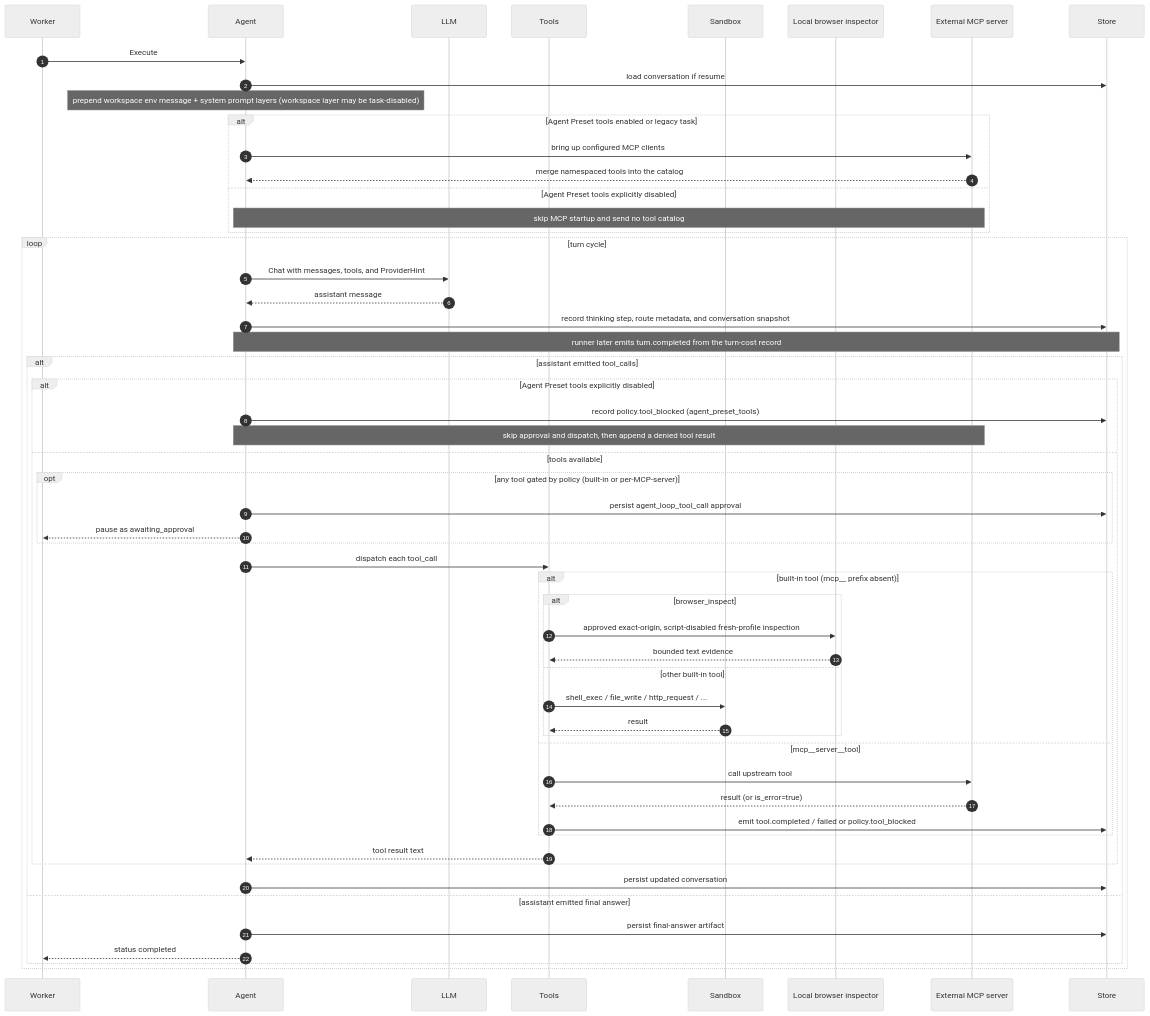
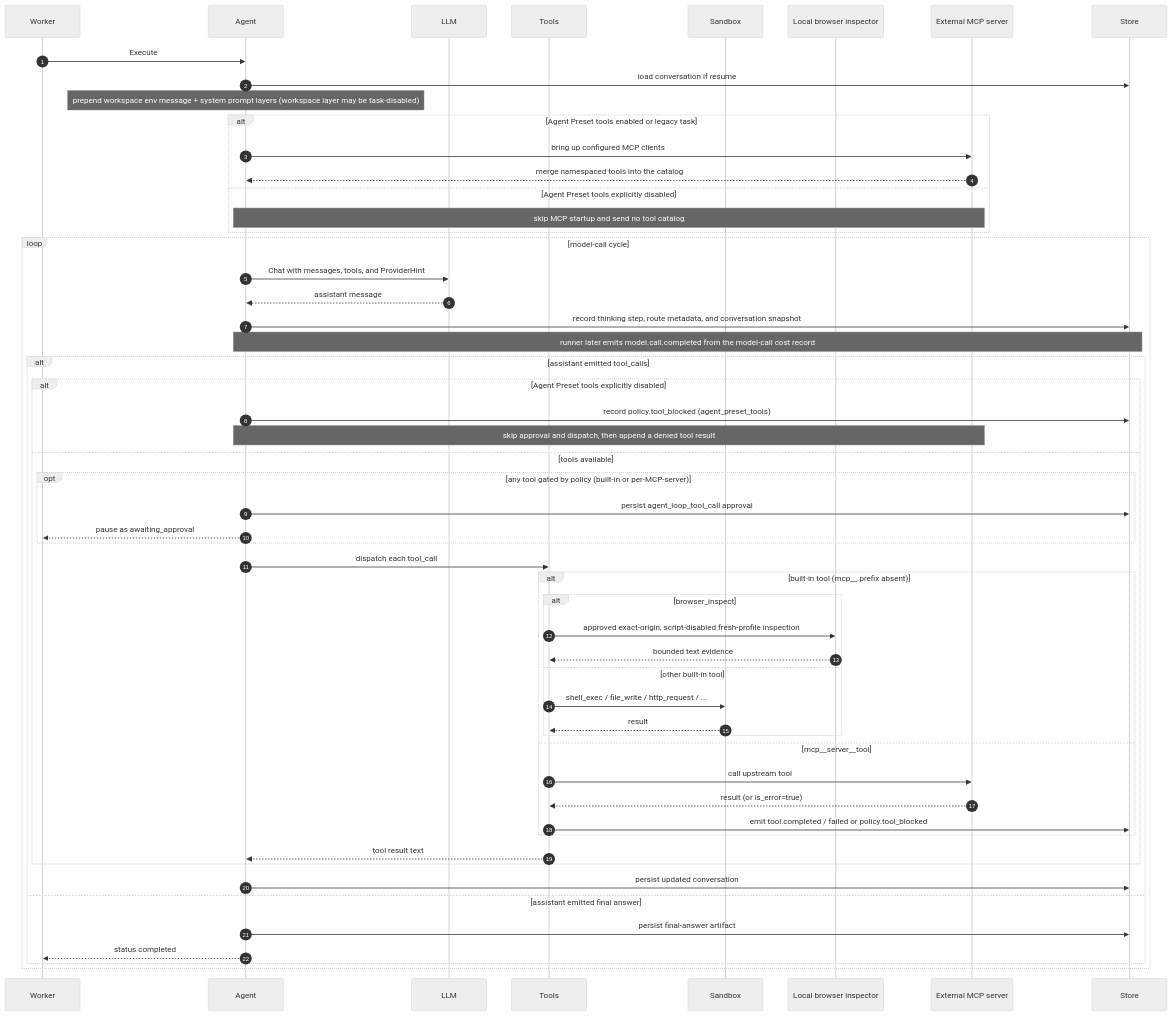
The sixth of 6 diagrams in docs/contributor/architecture.md (hecatehq/hecate), drawn with Mermaid (neutral theme) before and after one commit. The commit also changed other lines of this file and 214 other files, not shown here.

````diff
--- a/docs/contributor/architecture.md
+++ b/docs/contributor/architecture.md
@@ -422,57 +422,57 @@
 ```mermaid
 sequenceDiagram
     autonumber
     participant Worker
     participant Agent
     participant LLM
     participant Tools
     participant Sandbox
     participant Browser as Local browser inspector
     participant MCP as External MCP server
     participant Store
     Worker->>Agent: Execute
     Agent->>Store: load conversation if resume
     Note over Agent: prepend workspace env message + system prompt layers (workspace layer may be task-disabled)
     alt Agent Preset tools enabled or legacy task
         Agent->>MCP: bring up configured MCP clients
         MCP-->>Agent: merge namespaced tools into the catalog
     else Agent Preset tools explicitly disabled
         Note over Agent,MCP: skip MCP startup and send no tool catalog
     end
-    loop turn cycle
+    loop model-call cycle
         Agent->>LLM: Chat with messages, tools, and ProviderHint
         LLM-->>Agent: assistant message
         Agent->>Store: record thinking step, route metadata, and conversation snapshot
-        Note over Agent,Store: runner later emits turn.completed from the turn-cost record
+        Note over Agent,Store: runner later emits model.call.completed from the model-call cost record
         alt assistant emitted tool_calls
             alt Agent Preset tools explicitly disabled
                 Agent->>Store: record policy.tool_blocked (agent_preset_tools)
                 Note over Agent,MCP: skip approval and dispatch, then append a denied tool result
             else tools available
                 opt any tool gated by policy (built-in or per-MCP-server)
                     Agent->>Store: persist agent_loop_tool_call approval
                     Agent-->>Worker: pause as awaiting_approval
                 end
                 Agent->>Tools: dispatch each tool_call
                 alt built-in tool (mcp__ prefix absent)
                     alt browser_inspect
                         Tools->>Browser: approved exact-origin, script-disabled fresh-profile inspection
                         Browser-->>Tools: bounded text evidence
                     else other built-in tool
                         Tools->>Sandbox: shell_exec / file_write / http_request / ...
                         Sandbox-->>Tools: result
                     end
                 else mcp__server__tool
                     Tools->>MCP: call upstream tool
                     MCP-->>Tools: result (or is_error=true)
                     Tools->>Store: emit tool.completed / failed or policy.tool_blocked
                 end
                 Tools-->>Agent: tool result text
             end
             Agent->>Store: persist updated conversation
         else assistant emitted final answer
             Agent->>Store: persist final-answer artifact
             Agent-->>Worker: status completed
         end
     end
 ```
````
